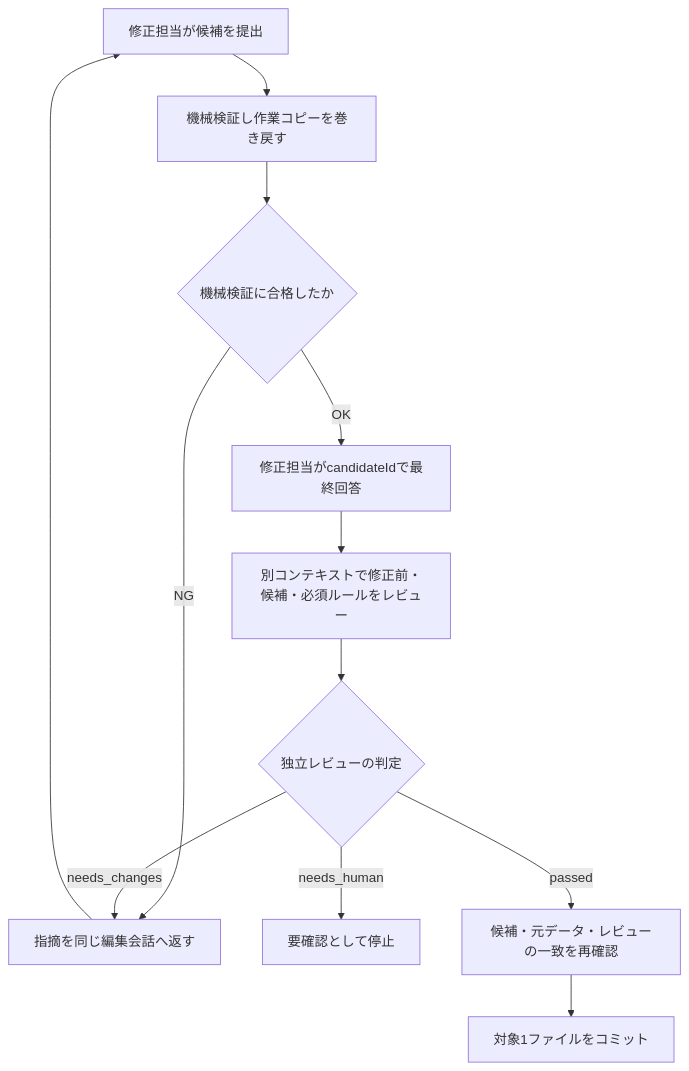
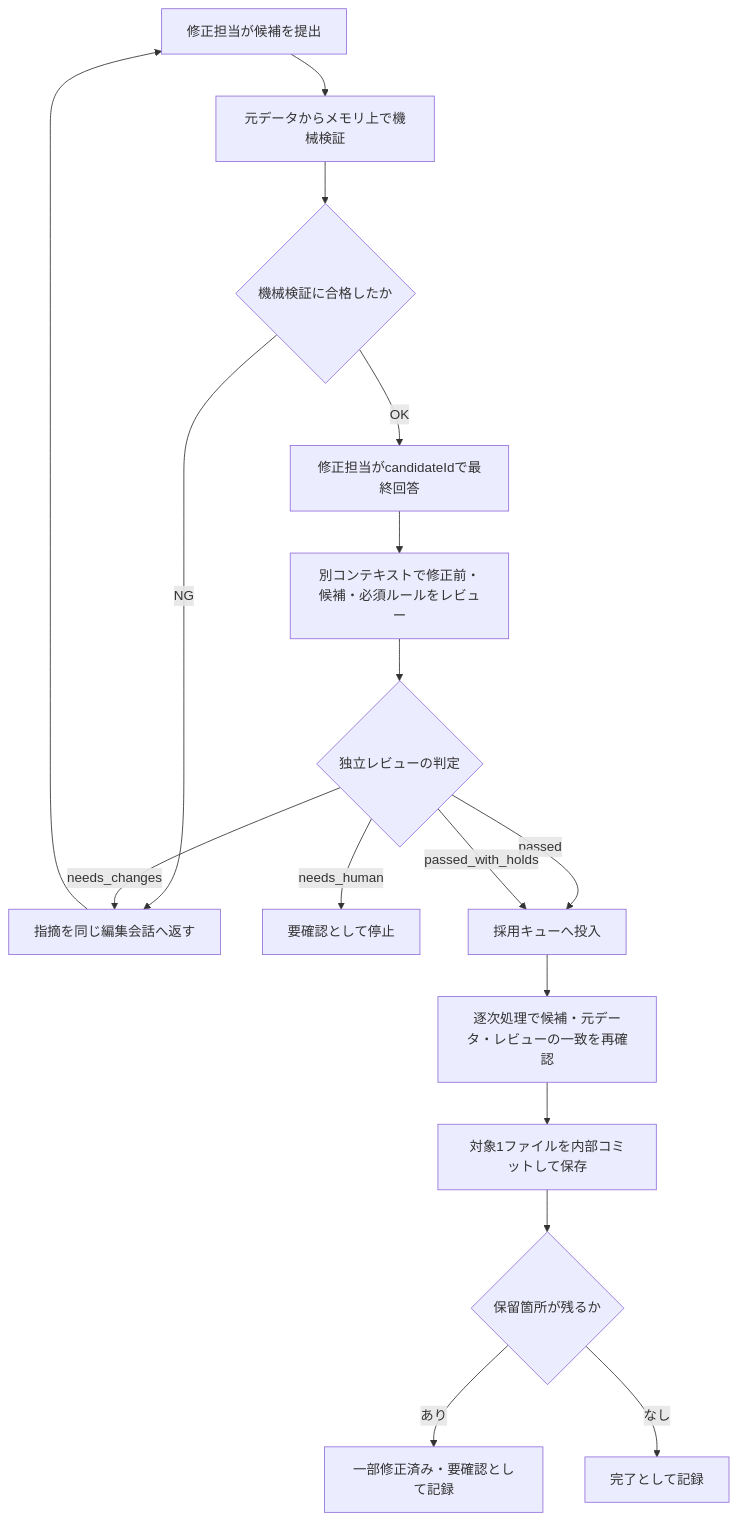
The diagram in docs/design.md (sunu-py-jp/OneByOne), drawn with Mermaid before and after one commit. The commit also changed other lines of this file and 192 other files, not shown here.

````diff
--- a/docs/design.md
+++ b/docs/design.md
@@ -200,14 +198,19 @@
 ```mermaid
 flowchart TD
-    Candidate["修正担当が候補を提出"] --> Mechanical["機械検証し作業コピーを巻き戻す"]
+    Candidate["修正担当が候補を提出"] --> Mechanical["元データからメモリ上で機械検証"]
     Mechanical --> Pass{"機械検証に合格したか"}
     Pass -->|"NG"| Feedback["指摘を同じ編集会話へ返す"]
     Feedback --> Candidate
     Pass -->|"OK"| Final["修正担当がcandidateIdで最終回答"]
     Final --> Review["別コンテキストで修正前・候補・必須ルールをレビュー"]
     Review --> Verdict{"独立レビューの判定"}
     Verdict -->|"needs_changes"| Feedback
     Verdict -->|"needs_human"| Hold["要確認として停止"]
-    Verdict -->|"passed"| Match["候補・元データ・レビューの一致を再確認"]
-    Match --> Commit["対象1ファイルをコミット"]
+    Verdict -->|"passed"| Queue["採用キューへ投入"]
+    Verdict -->|"passed_with_holds"| Queue
+    Queue --> Match["逐次処理で候補・元データ・レビューの一致を再確認"]
+    Match --> Commit["対象1ファイルを内部コミットして保存"]
+    Commit --> Status{"保留箇所が残るか"}
+    Status -->|"あり"| Partial["一部修正済み・要確認として記録"]
+    Status -->|"なし"| Done["完了として記録"]
 ```
````
